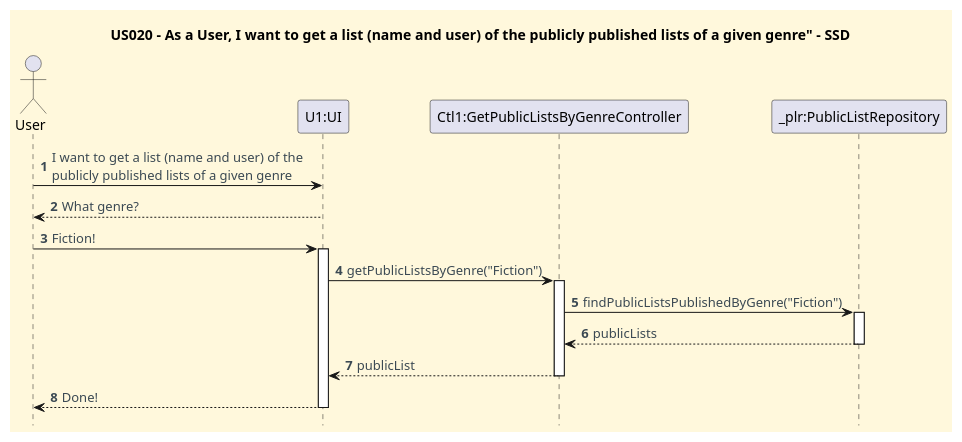
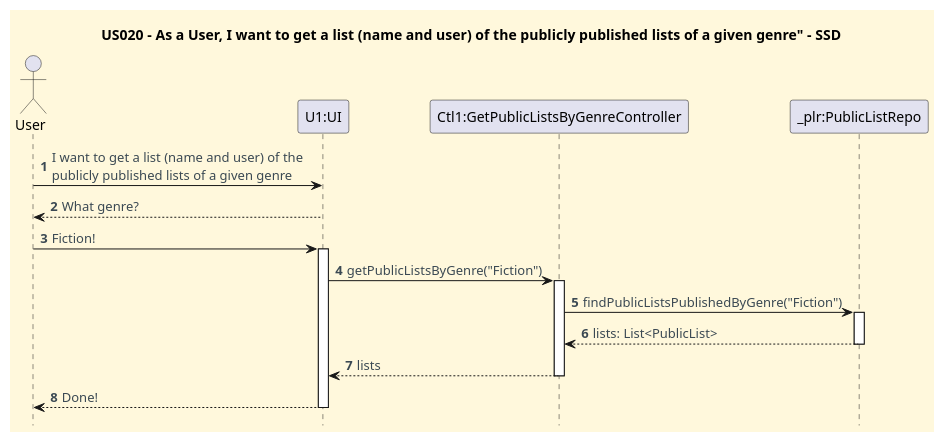
The diagram in docs/userStories/US020/US020_get_a_list_given_genres_SD.puml (CarolinaLeite-collab/JavaMarketplacePlatform), drawn with PlantUML before and after one commit.

Commit message:
Resolves #131: Updated Sequence Diagram of US020

```diff
--- a/docs/userStories/US020/US020_get_a_list_given_genres_SD.puml
+++ b/docs/userStories/US020/US020_get_a_list_given_genres_SD.puml
@@ -1,43 +1,42 @@
 @startuml
 title US020 - As a User, I want to get a list (name and user) of the publicly published lists of a given genre" - SSD
               hidefootbox
 
 '==== basic style ====
 skinparam monochrome false
 skinparam shadowing false
 skinparam defaultFontName Futura
 skinparam objectFontSize 20
 skinparam backgroundColor CornSilk
 skinparam objectBackgroundColor WhiteSmoke
 skinparam noteBackgroundColor #FFFFE0
 skinparam ArrowFontColor #3B4953
 skinparam ActivationBackgroundColor black
 
 autonumber
 autoactivate off
 
 actor User
 
 User -> "U1:UI": I want to get a list (name and user) of the \npublicly published lists of a given genre
 "U1:UI" --> User: What genre?
 
 User -> "U1:UI": Fiction!
 activate "U1:UI"
 
 "U1:UI" -> "Ctl1:GetPublicListsByGenreController": getPublicListsByGenre("Fiction")
 activate "Ctl1:GetPublicListsByGenreController"
 
-"Ctl1:GetPublicListsByGenreController" -> "_plr:PublicListRepository": findPublicListsPublishedByGenre("Fiction")
-activate "_plr:PublicListRepository"
-"_plr:PublicListRepository" --> "Ctl1:GetPublicListsByGenreController": publicLists
-deactivate "_plr:PublicListRepository"
+"Ctl1:GetPublicListsByGenreController" -> "_plr:PublicListRepo": findPublicListsPublishedByGenre("Fiction")
+activate "_plr:PublicListRepo"
+"_plr:PublicListRepo" --> "Ctl1:GetPublicListsByGenreController": lists: List<PublicList>
+deactivate "_plr:PublicListRepo"
 
-'"Ctl1:GetPublicListsByGenreController" -> "Ctl1:GetPublicListsByGenreController": mapToSummaries(publicLists)
-"Ctl1:GetPublicListsByGenreController" --> "U1:UI": publicList
+"Ctl1:GetPublicListsByGenreController" --> "U1:UI": lists
 deactivate "Ctl1:GetPublicListsByGenreController"
 
 
 "U1:UI" --> User: Done!
 deactivate "U1:UI"
 
 @enduml
```
